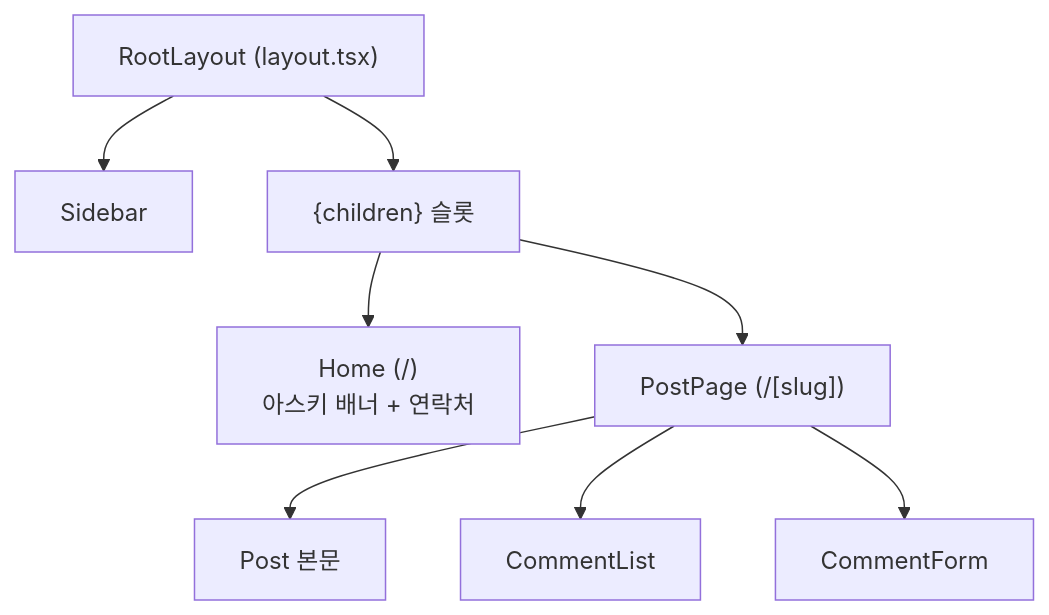
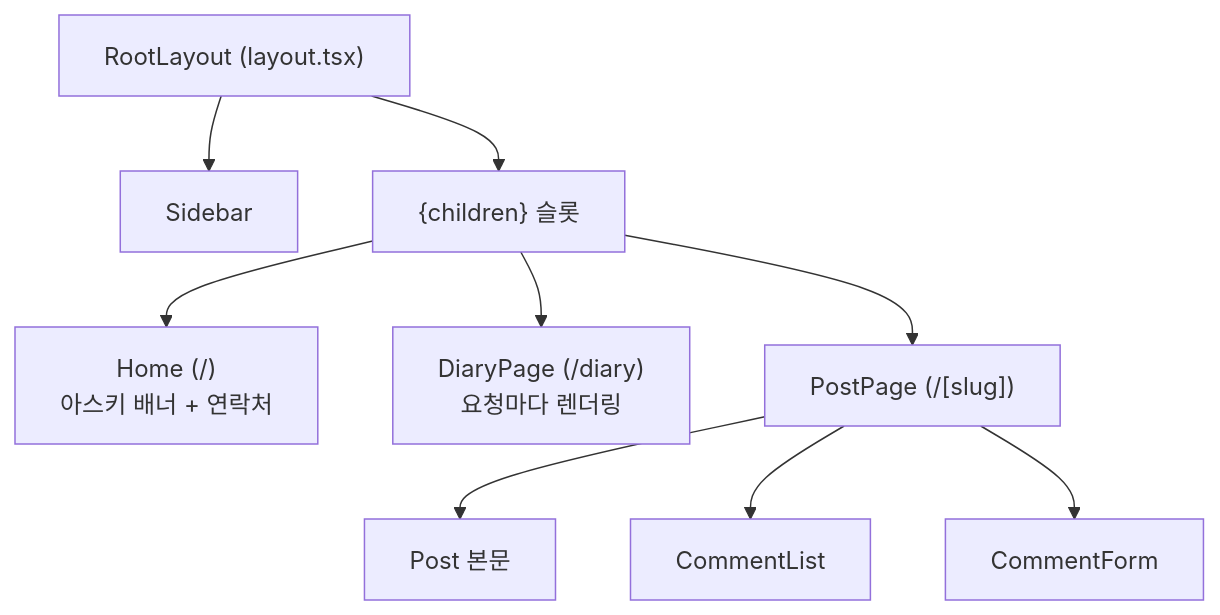
The eighth of 13 diagrams in docs/architecture.md (jeongho3786/myblog), drawn with Mermaid before and after one commit. The commit also changed other lines of this file and 14 other files, not shown here.

````diff
--- a/docs/architecture.md
+++ b/docs/architecture.md
@@ -113,10 +113,11 @@
 ```mermaid
 flowchart TD
     Root["RootLayout (layout.tsx)"] --> SB["Sidebar"]
     Root --> Slot["{children} 슬롯"]
     Slot --> Home["Home (/)<br/>아스키 배너 + 연락처"]
+    Slot --> Diary["DiaryPage (/diary)<br/>요청마다 렌더링"]
     Slot --> Post["PostPage (/[slug])"]
     Post --> Body["Post 본문"]
     Post --> CL["CommentList"]
     Post --> CF["CommentForm"]
 ```
````
